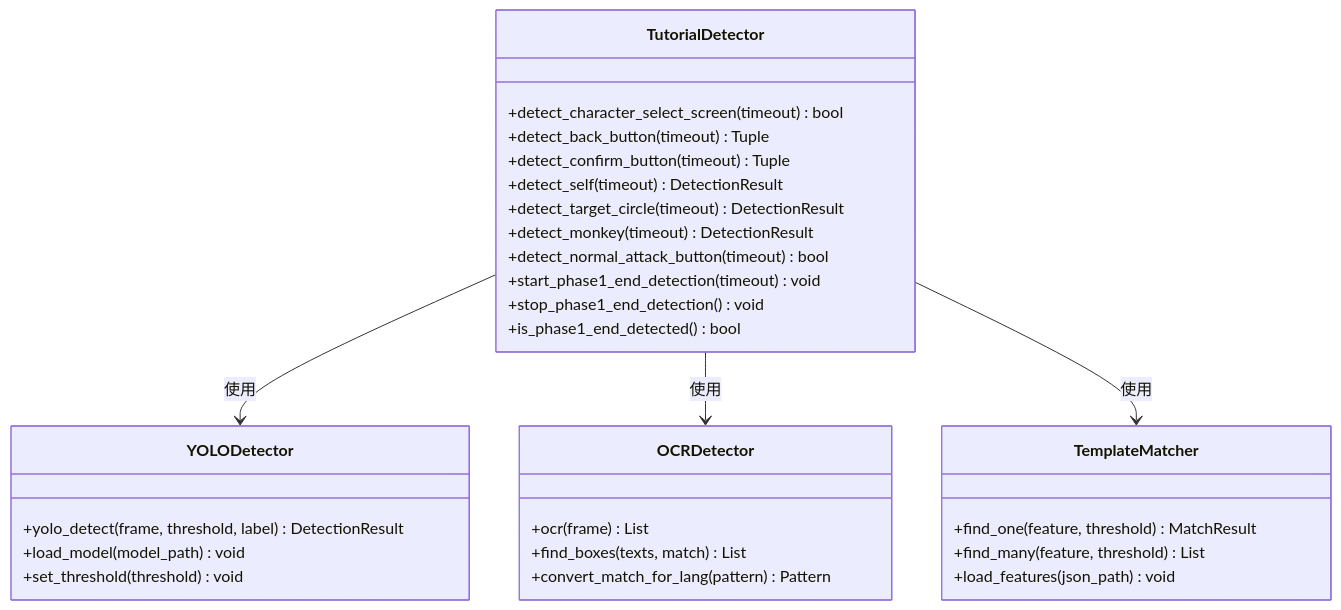
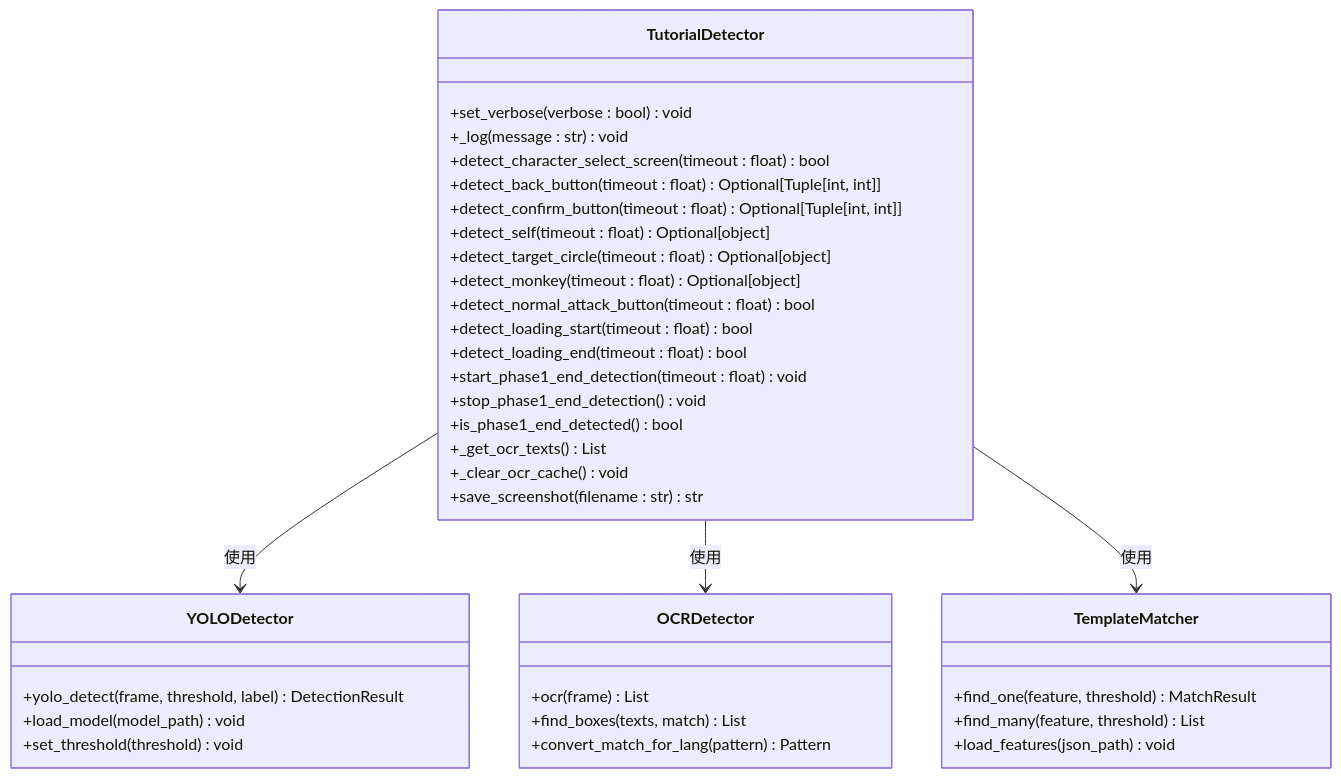
One commit to xsy098-max/ok-jump changed the third of 14 diagrams in .qoder/repowiki/zh/content/核心系统架构/教程检测系统.md. Above: the diagram before and after it, drawn with Mermaid. The commit also changed other lines of this file and 13 other files, not shown here.

````diff
--- a/.qoder/repowiki/zh/content/核心系统架构/教程检测系统.md
+++ b/.qoder/repowiki/zh/content/核心系统架构/教程检测系统.md
@@ -132,33 +153,40 @@
 ```mermaid
 classDiagram
 class TutorialDetector {
-+detect_character_select_screen(timeout) bool
-+detect_back_button(timeout) Tuple
-+detect_confirm_button(timeout) Tuple
-+detect_self(timeout) DetectionResult
-+detect_target_circle(timeout) DetectionResult
-+detect_monkey(timeout) DetectionResult
-+detect_normal_attack_button(timeout) bool
-+start_phase1_end_detection(timeout) void
++set_verbose(verbose : bool) void
++_log(message : str) void
++detect_character_select_screen(timeout : float) bool
++detect_back_button(timeout : float) Optional[Tuple[int, int]]
++detect_confirm_button(timeout : float) Optional[Tuple[int, int]]
++detect_self(timeout : float) Optional[object]
++detect_target_circle(timeout : float) Optional[object]
++detect_monkey(timeout : float) Optional[object]
++detect_normal_attack_button(timeout : float) bool
++detect_loading_start(timeout : float) bool
++detect_loading_end(timeout : float) bool
++start_phase1_end_detection(timeout : float) void
 +stop_phase1_end_detection() void
 +is_phase1_end_detected() bool
++_get_ocr_texts() List
++_clear_ocr_cache() void
++save_screenshot(filename : str) str
 }
 class YOLODetector {
 +yolo_detect(frame, threshold, label) DetectionResult
 +load_model(model_path) void
 +set_threshold(threshold) void
 }
 class OCRDetector {
 +ocr(frame) List
 +find_boxes(texts, match) List
 +convert_match_for_lang(pattern) Pattern
 }
 class TemplateMatcher {
 +find_one(feature, threshold) MatchResult
 +find_many(feature, threshold) List
 +load_features(json_path) void
 }
 TutorialDetector --> YOLODetector : 使用
 TutorialDetector --> OCRDetector : 使用
 TutorialDetector --> TemplateMatcher : 使用
 ```
````
